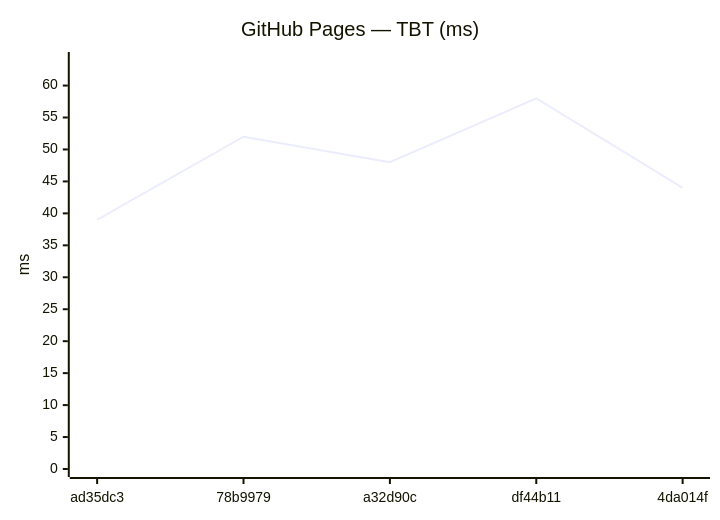
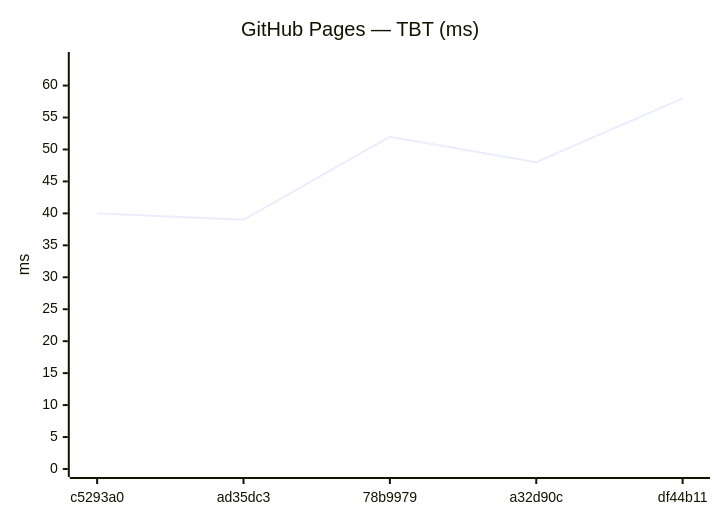
Diagram 12 of 24 in benchmarks/compare.md (Metaheurist/Rianell), drawn with Mermaid before and after one commit. The commit also changed other lines of this file and 14 other files, not shown here.

````diff
--- a/benchmarks/compare.md
+++ b/benchmarks/compare.md
@@ -176,7 +176,7 @@
 ```mermaid
 xychart-beta
     title "GitHub Pages — TBT (ms)"
-    x-axis ["ad35dc3", "78b9979", "a32d90c", "df44b11", "4da014f"]
+    x-axis ["c5293a0", "ad35dc3", "78b9979", "a32d90c", "df44b11"]
     y-axis "ms" 0 --> 64
-    line [39, 52, 48, 58, 44]
+    line [40, 39, 52, 48, 58]
 ```
````
